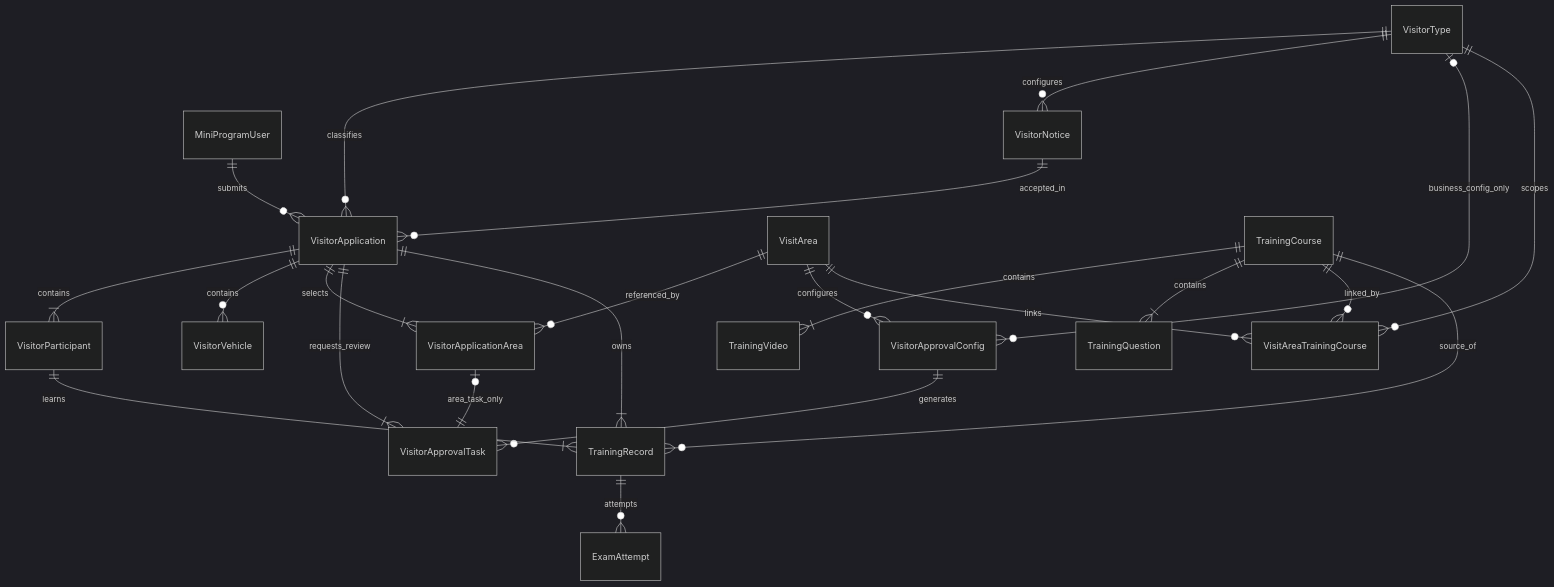
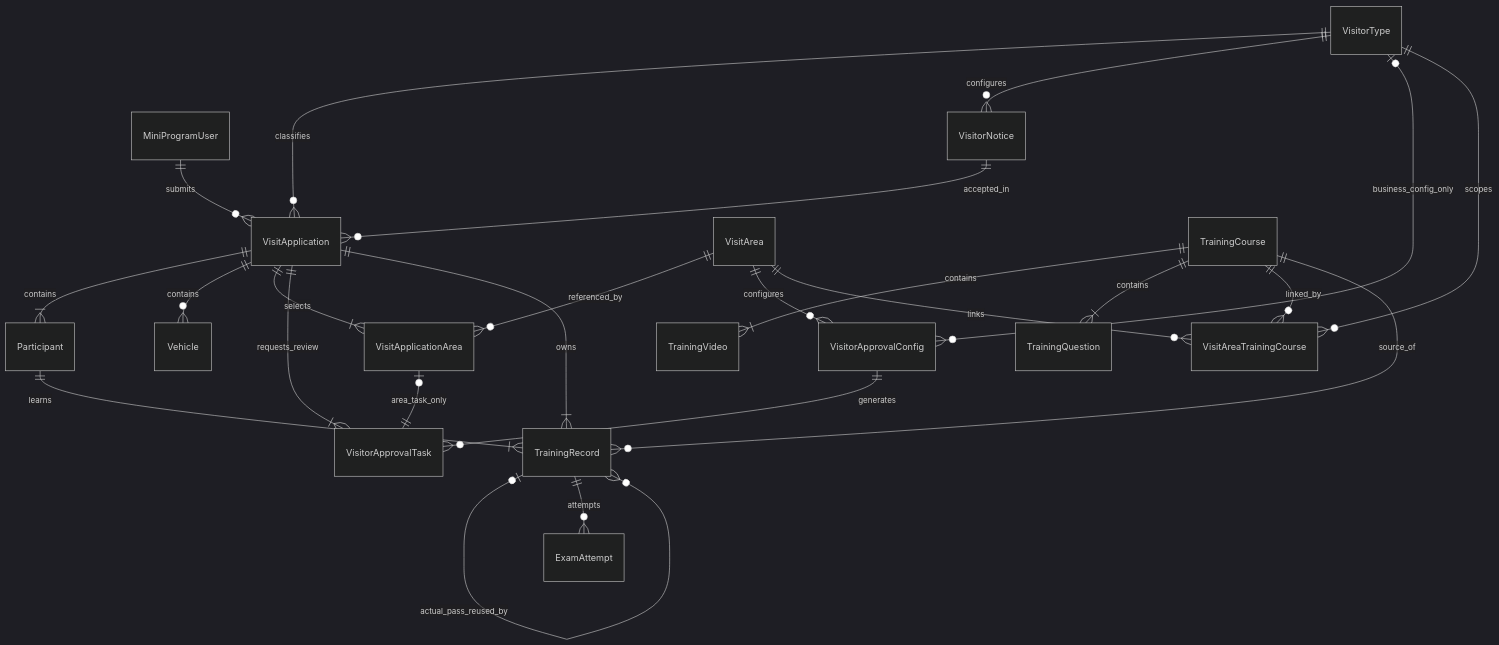
One commit to neozhu/visit-traning-client changed the second of 2 diagrams in doc/VisitSafe-Backend-SPEC.md. Above: the diagram before and after it, drawn with Mermaid (dark theme). The commit also changed other lines of this file, not shown here.

````diff
--- a/doc/VisitSafe-Backend-SPEC.md
+++ b/doc/VisitSafe-Backend-SPEC.md
@@ -587,25 +626,26 @@
 ```mermaid
 erDiagram
-    MiniProgramUser ||--o{ VisitorApplication : submits
-    VisitorType ||--o{ VisitorApplication : classifies
+    MiniProgramUser ||--o{ VisitApplication : submits
+    VisitorType ||--o{ VisitApplication : classifies
     VisitorType ||--o{ VisitorNotice : configures
     VisitorType |o--o{ VisitorApprovalConfig : business_config_only
-    VisitorApplication ||--|{ VisitorParticipant : contains
-    VisitorApplication ||--o{ VisitorVehicle : contains
-    VisitorApplication ||--|{ VisitorApplicationArea : selects
-    VisitArea ||--o{ VisitorApplicationArea : referenced_by
-    VisitorApplication ||--|{ VisitorApprovalTask : requests_review
-    VisitorApplicationArea |o--|| VisitorApprovalTask : area_task_only
+    VisitApplication ||--|{ Participant : contains
+    VisitApplication ||--o{ Vehicle : contains
+    VisitApplication ||--|{ VisitApplicationArea : selects
+    VisitArea ||--o{ VisitApplicationArea : referenced_by
+    VisitApplication ||--|{ VisitorApprovalTask : requests_review
+    VisitApplicationArea |o--|| VisitorApprovalTask : area_task_only
     VisitArea ||--o{ VisitorApprovalConfig : configures
     VisitorApprovalConfig ||--o{ VisitorApprovalTask : generates
-    VisitorNotice ||--o{ VisitorApplication : accepted_in
+    VisitorNotice ||--o{ VisitApplication : accepted_in
     TrainingCourse ||--|{ TrainingVideo : contains
     TrainingCourse ||--|{ TrainingQuestion : contains
     TrainingCourse ||--o{ VisitAreaTrainingCourse : linked_by
     VisitArea ||--o{ VisitAreaTrainingCourse : links
     VisitorType ||--o{ VisitAreaTrainingCourse : scopes
-    VisitorApplication ||--|{ TrainingRecord : owns
-    VisitorParticipant ||--|{ TrainingRecord : learns
+    VisitApplication ||--|{ TrainingRecord : owns
+    Participant ||--|{ TrainingRecord : learns
+    TrainingRecord |o--o{ TrainingRecord : actual_pass_reused_by
     TrainingCourse ||--o{ TrainingRecord : source_of
     TrainingRecord ||--o{ ExamAttempt : attempts
 ```
````
